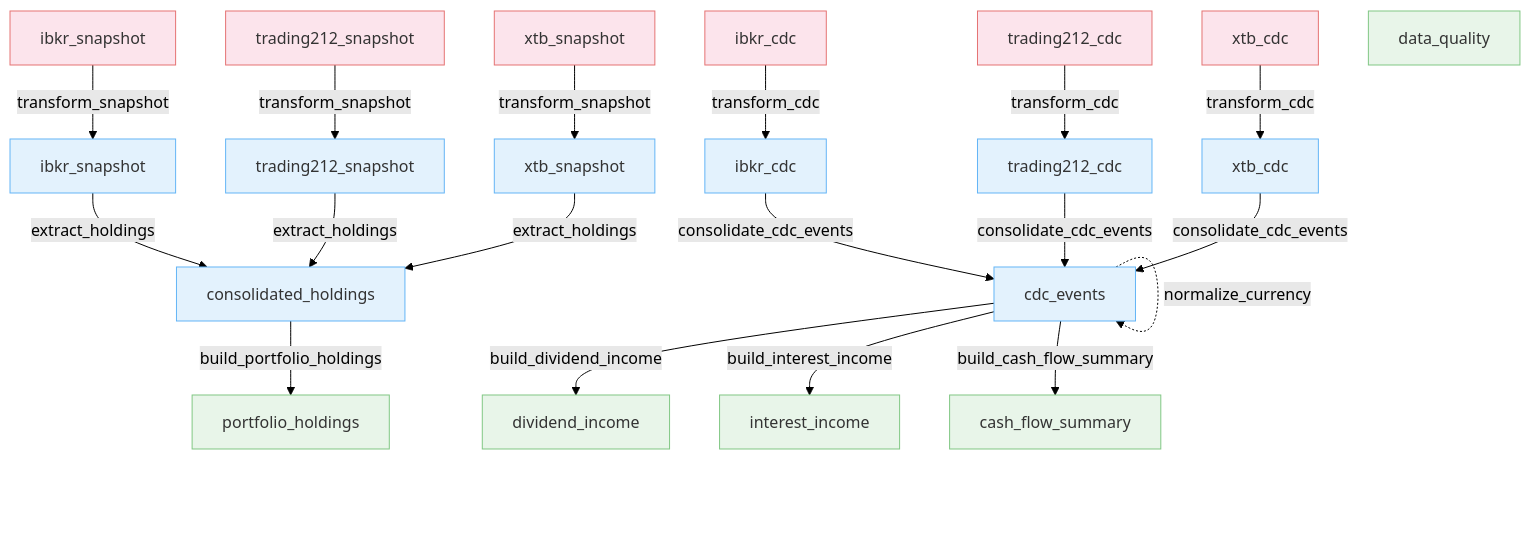
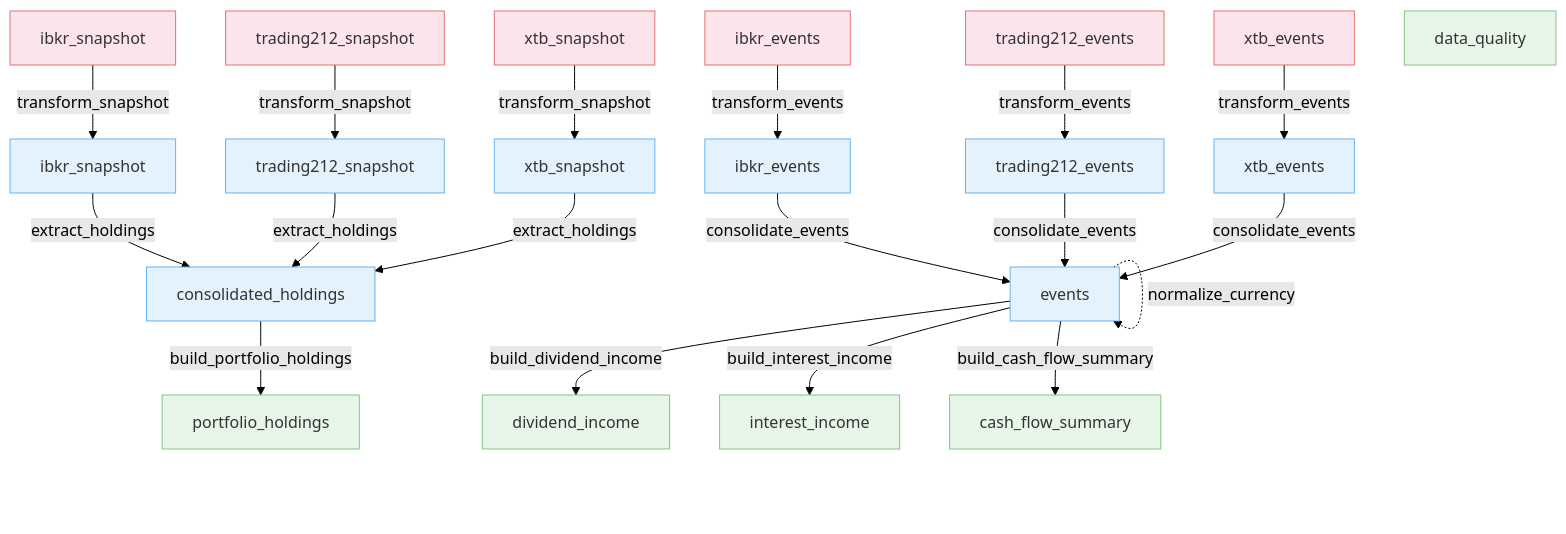
The first of 2 diagrams in docs/table-lineage.md (vp-1591/financial-portfolio-lakehouse), drawn with Mermaid (forest theme) before and after one commit. The commit also changed other lines of this file and 90 other files, not shown here.

First line of the commit message:
feat(rename): ship CDC->events and demo->staging renames in one PR

````diff
--- a/docs/table-lineage.md
+++ b/docs/table-lineage.md
@@ -12,60 +12,60 @@
 ```mermaid
 flowchart TD
   classDef raw fill:#fce4ec,stroke:#e57373,color:#333
   classDef norm fill:#e3f2fd,stroke:#64b5f6,color:#333
   classDef gold fill:#e8f5e9,stroke:#81c784,color:#333
 
   %% Raw
   r_ibkr_snap["ibkr_snapshot"]:::raw
-  r_ibkr_cdc["ibkr_cdc"]:::raw
+  r_ibkr_events["ibkr_events"]:::raw
   r_t212_snap["trading212_snapshot"]:::raw
-  r_t212_cdc["trading212_cdc"]:::raw
+  r_t212_events["trading212_events"]:::raw
   r_xtb_snap["xtb_snapshot"]:::raw
-  r_xtb_cdc["xtb_cdc"]:::raw
+  r_xtb_events["xtb_events"]:::raw
 
   %% Normalized
   n_ibkr_snap["ibkr_snapshot"]:::norm
-  n_ibkr_cdc["ibkr_cdc"]:::norm
+  n_ibkr_events["ibkr_events"]:::norm
   n_t212_snap["trading212_snapshot"]:::norm
-  n_t212_cdc["trading212_cdc"]:::norm
+  n_t212_events["trading212_events"]:::norm
   n_xtb_snap["xtb_snapshot"]:::norm
-  n_xtb_cdc["xtb_cdc"]:::norm
+  n_xtb_events["xtb_events"]:::norm
   n_consolidated["consolidated_holdings"]:::norm
-  n_cdc_events["cdc_events"]:::norm
+  n_events["events"]:::norm
 
   %% Gold
   g_holdings["portfolio_holdings"]:::gold
   g_dividends["dividend_income"]:::gold
   g_interest["interest_income"]:::gold
   g_cashflow["cash_flow_summary"]:::gold
   g_quality["data_quality"]:::gold
 
   %% Raw → Normalized
   r_ibkr_snap -->|transform_snapshot| n_ibkr_snap
-  r_ibkr_cdc -->|transform_cdc| n_ibkr_cdc
+  r_ibkr_events -->|transform_events| n_ibkr_events
 
   r_t212_snap -->|transform_snapshot| n_t212_snap
-  r_t212_cdc -->|transform_cdc| n_t212_cdc
+  r_t212_events -->|transform_events| n_t212_events
 
   r_xtb_snap -->|transform_snapshot| n_xtb_snap
-  r_xtb_cdc -->|transform_cdc| n_xtb_cdc
+  r_xtb_events -->|transform_events| n_xtb_events
 
   %% Snapshot path
   n_ibkr_snap -->|extract_holdings| n_consolidated
   n_t212_snap -->|extract_holdings| n_consolidated
   n_xtb_snap -->|extract_holdings| n_consolidated
 
-  %% CDC path
-  n_ibkr_cdc -->|consolidate_cdc_events| n_cdc_events
-  n_t212_cdc -->|consolidate_cdc_events| n_cdc_events
-  n_xtb_cdc -->|consolidate_cdc_events| n_cdc_events
+  %% events path
+  n_ibkr_events -->|consolidate_events| n_events
+  n_t212_events -->|consolidate_events| n_events
+  n_xtb_events -->|consolidate_events| n_events
 
-  n_cdc_events -.->|normalize_currency| n_cdc_events
+  n_events -.->|normalize_currency| n_events
 
   %% Gold
   n_consolidated -->|build_portfolio_holdings| g_holdings
 
-  n_cdc_events -->|build_dividend_income| g_dividends
-  n_cdc_events -->|build_interest_income| g_interest
-  n_cdc_events -->|build_cash_flow_summary| g_cashflow
+  n_events -->|build_dividend_income| g_dividends
+  n_events -->|build_interest_income| g_interest
+  n_events -->|build_cash_flow_summary| g_cashflow
 ```
````
